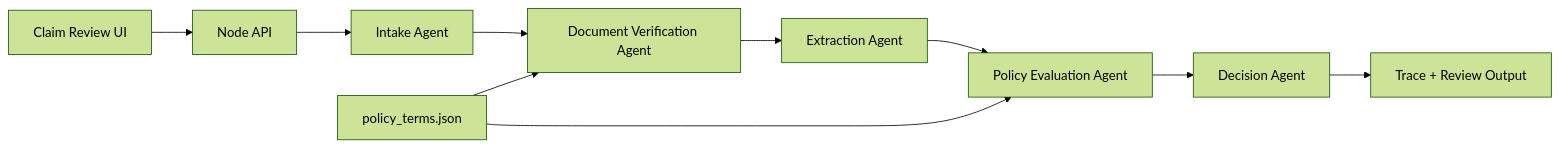
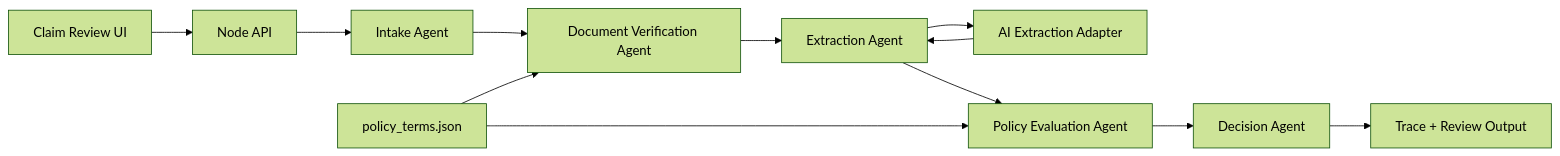
The diagram in docs/architecture.md (danish-ally/AI-Engineer-Role-Plum-Assignment), drawn with Mermaid (forest theme) before and after one commit. The commit also changed other lines of this file and 9 other files, not shown here.

````diff
--- a/docs/architecture.md
+++ b/docs/architecture.md
@@ -9,12 +9,14 @@
 ```mermaid
 flowchart LR
   UI["Claim Review UI"] --> API["Node API"]
   API --> Intake["Intake Agent"]
   Intake --> Verify["Document Verification Agent"]
   Verify --> Extract["Extraction Agent"]
+  Extract --> AI["AI Extraction Adapter"]
+  AI --> Extract
   Extract --> Policy["Policy Evaluation Agent"]
   Policy --> Decision["Decision Agent"]
   Decision --> Trace["Trace + Review Output"]
   PolicyTerms["policy_terms.json"] --> Verify
   PolicyTerms --> Policy
 ```
````
